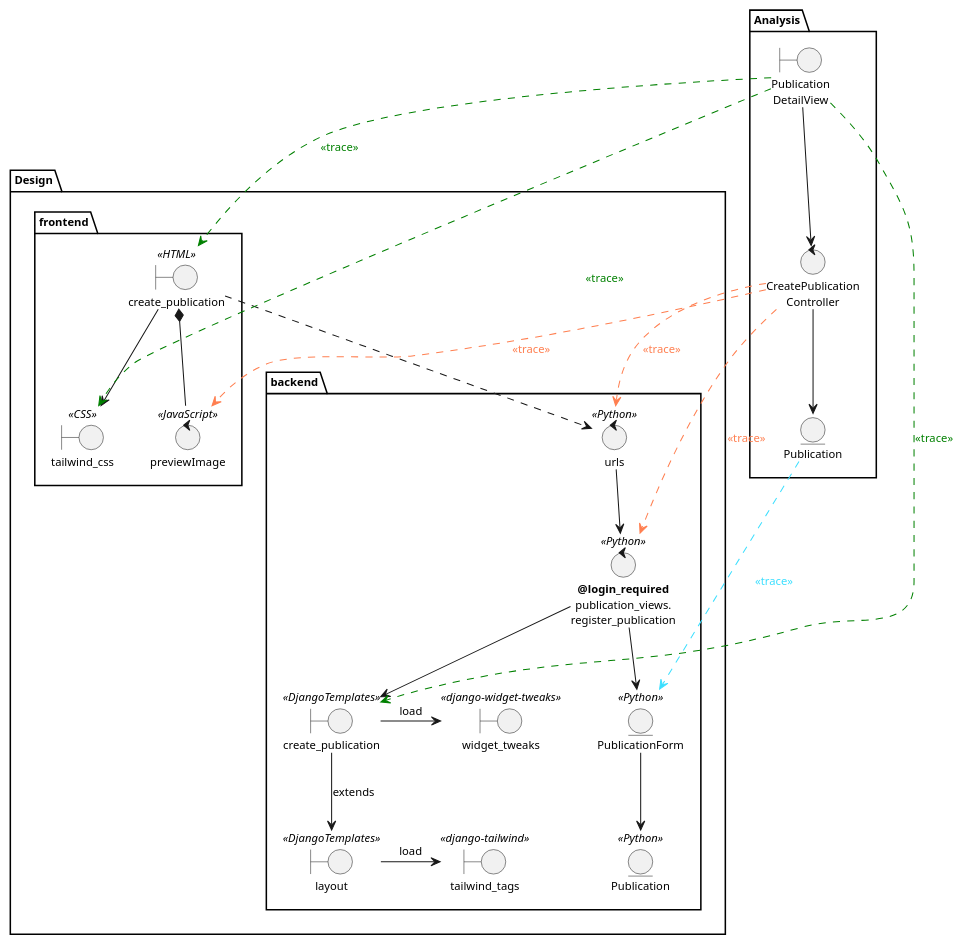
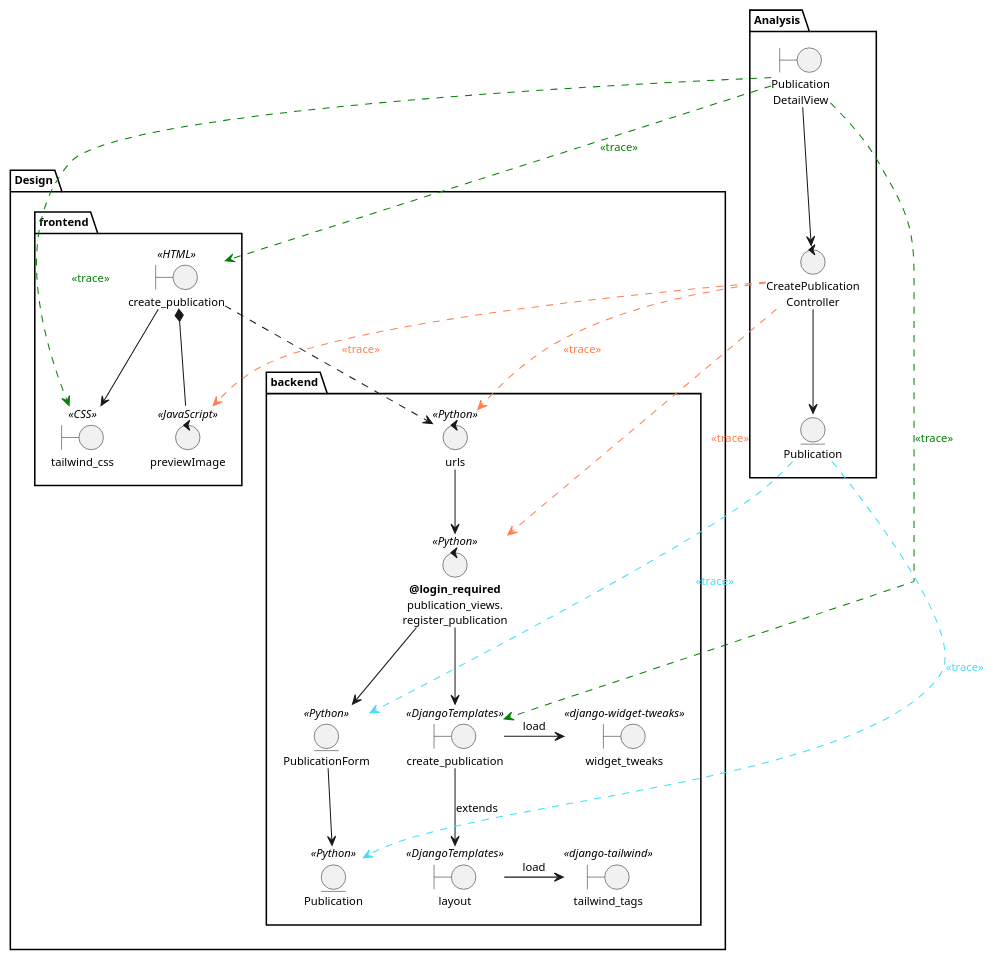
One commit to mpaulaherrero/tesis-frameworks-backend-diagrams changed the diagram in logicalView/designView/django/usecaseDesign/designClassDiagramUC7TraceAnalisysClass.plantuml. Above: the diagram before and after it, drawn with PlantUML.

Commit message:
traza a modelo django

```diff
--- a/logicalView/designView/django/usecaseDesign/designClassDiagramUC7TraceAnalisysClass.plantuml
+++ b/logicalView/designView/django/usecaseDesign/designClassDiagramUC7TraceAnalisysClass.plantuml
@@ -1,58 +1,59 @@
 @startuml
 skinparam style strictuml
 skinparam defaultTextAlignment center
 skinparam defaultFontSize 11
 
 package Analysis{
     boundary "Publication\nDetailView" as PublicationDetailViewAnalysis
     entity "Publication" as PublicationAnalysis
     control "CreatePublication\nController" as CreatePublicationControllerAnalysis
 
     PublicationDetailViewAnalysis --> CreatePublicationControllerAnalysis
     CreatePublicationControllerAnalysis --> PublicationAnalysis
 }
 
 package Design{
     package backend {
         boundary "create_publication" as PublicationDetailView << DjangoTemplates >>
         boundary "layout" as mainLayoutProfileView << DjangoTemplates >>
         boundary "widget_tweaks" as widgetTweaks << django-widget-tweaks >>
         boundary "tailwind_tags" as tailwindTags << django-tailwind >>
         control urls << Python >>
         control "<b>@login_required</b>\npublication_views.\nregister_publication" as CreatePublicationController << Python >>
         entity PublicationForm << Python >>
         entity Publication << Python >>
     }
 
     package frontend {
         boundary "create_publication" as PublicationHtml << HTML >>
         boundary "tailwind_css" as outputCss << CSS >>
         control previewImage << JavaScript >>
     }
 
     PublicationHtml -d-> outputCss
     PublicationHtml *-d- previewImage
     PublicationHtml ..> urls
     urls --> CreatePublicationController
     CreatePublicationController -d-> PublicationDetailView
     PublicationDetailView -d-> mainLayoutProfileView: extends
     mainLayoutProfileView -> tailwindTags: load
     PublicationDetailView -> widgetTweaks: load
 
     CreatePublicationController -d-> PublicationForm
     PublicationForm -d-> Publication
 }
 
 'trace
 PublicationDetailViewAnalysis .[#green]r.> PublicationHtml : <font color=green><<trace>></font>
 PublicationDetailViewAnalysis .[#green].> outputCss : <font color=green><<trace>></font>
 PublicationDetailViewAnalysis .[#green].> PublicationDetailView : <font color=green><<trace>></font>
 
 CreatePublicationControllerAnalysis .[#coral].> urls : <font color=coral><<trace>></font>
 CreatePublicationControllerAnalysis .[#coral].> CreatePublicationController : <font color=coral><<trace>></font>
 CreatePublicationControllerAnalysis .[#coral].> previewImage : <font color=coral><<trace>></font>
 
 PublicationAnalysis .[#3cdfff].> PublicationForm : <font color=3cdfff><<trace>></font>
+PublicationAnalysis .[#3cdfff].> Publication : <font color=3cdfff><<trace>></font>
 
 
 @enduml
```
